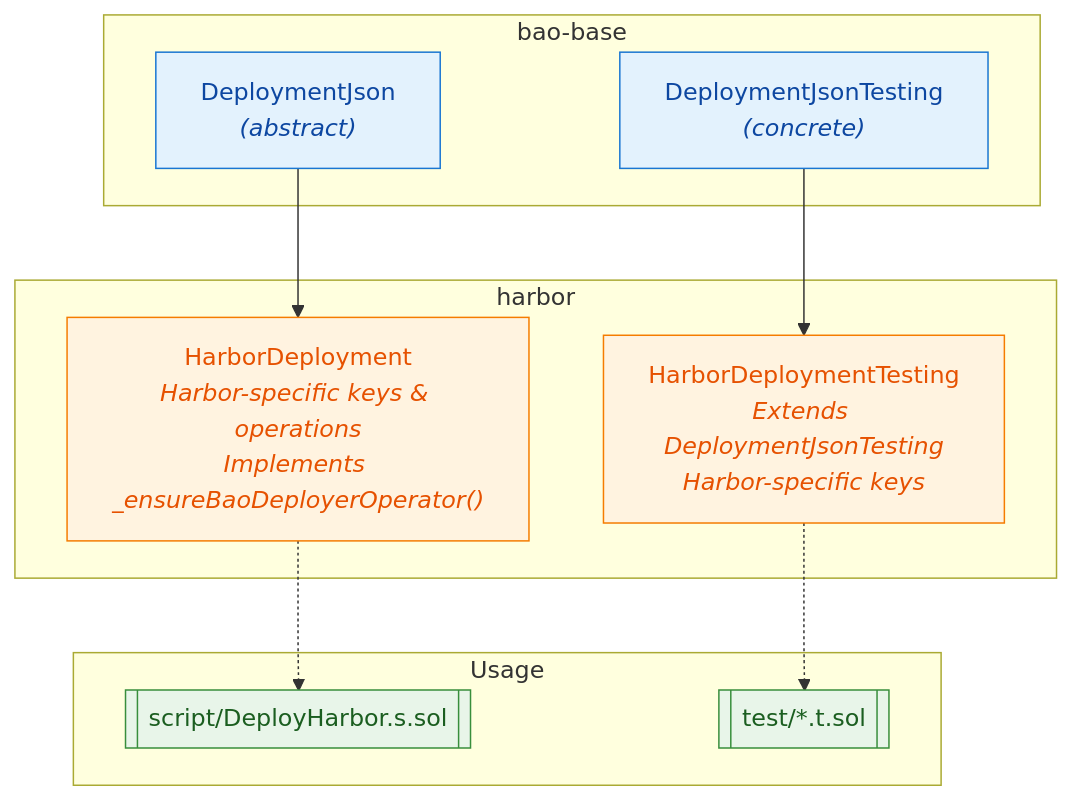
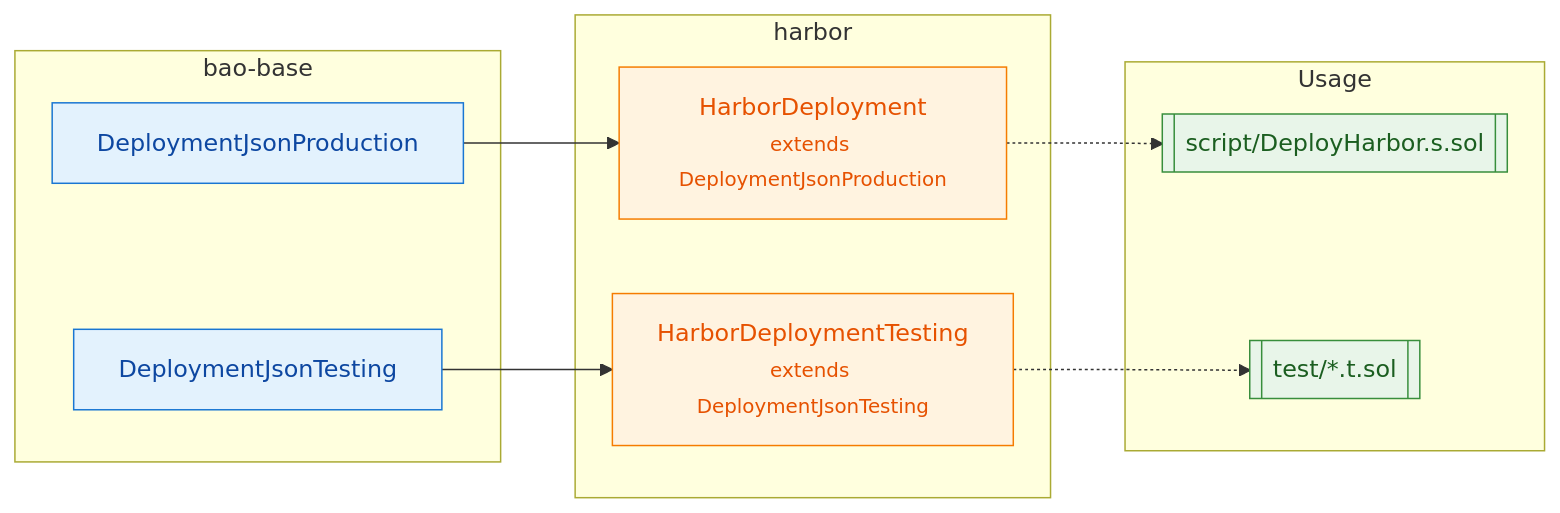
The second of 2 diagrams in doc/deployment-architecture.md (baofinance/bao-base), drawn with Mermaid before and after one commit. The commit also changed other lines of this file, not shown here.

````diff
--- a/doc/deployment-architecture.md
+++ b/doc/deployment-architecture.md
@@ -182,31 +162,31 @@
 ```mermaid
-flowchart TB
+flowchart LR
     classDef baobase fill:#e3f2fd,stroke:#1976d2,color:#0d47a1;
     classDef harbor fill:#fff3e0,stroke:#f57c00,color:#e65100;
     classDef usage fill:#e8f5e9,stroke:#388e3c,color:#1b5e20;
 
     subgraph baobase["bao-base"]
-        DeploymentJson["DeploymentJson<br/><i>(abstract)</i>"]
-        DeploymentJsonTesting["DeploymentJsonTesting<br/><i>(concrete)</i>"]
+        DJP["DeploymentJsonProduction"]
+        DJT["DeploymentJsonTesting"]
     end
 
     subgraph harbor["harbor"]
-        HarborDeployment["HarborDeployment<br/><i>Harbor-specific keys & operations</i><br/><i>Implements _ensureBaoDeployerOperator()</i>"]
-        HarborDeploymentTesting["HarborDeploymentTesting<br/><i>Extends DeploymentJsonTesting</i><br/><i>Harbor-specific keys</i>"]
+        HarborProd["HarborDeployment<br/><small>extends DeploymentJsonProduction</small>"]
+        HarborTest["HarborDeploymentTesting<br/><small>extends DeploymentJsonTesting</small>"]
     end
 
     subgraph usage["Usage"]
         ProdScript[["script/DeployHarbor.s.sol"]]
         TestSuite[["test/*.t.sol"]]
     end
 
-    DeploymentJson --> HarborDeployment
-    DeploymentJsonTesting --> HarborDeploymentTesting
+    DJP --> HarborProd
+    DJT --> HarborTest
 
-    HarborDeployment -.-> ProdScript
-    HarborDeploymentTesting -.-> TestSuite
+    HarborProd -.-> ProdScript
+    HarborTest -.-> TestSuite
 
-    class DeploymentJson,DeploymentJsonTesting baobase
-    class HarborDeployment,HarborDeploymentTesting harbor
+    class DJP,DJT baobase
+    class HarborProd,HarborTest harbor
     class ProdScript,TestSuite usage
 ```
````
